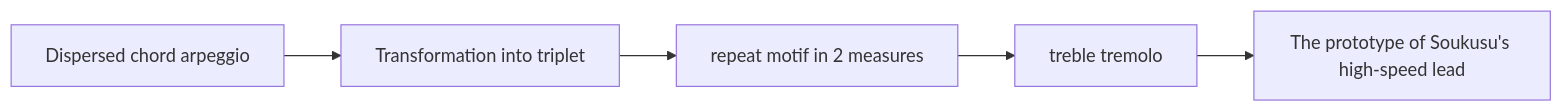
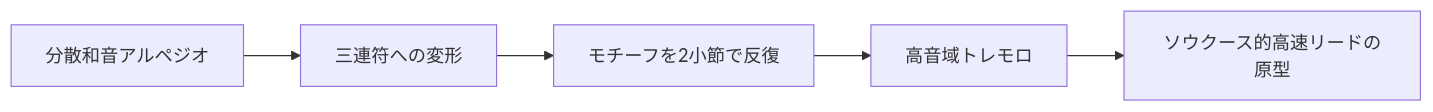
Before and after one commit to monumental-movement/monumental-movement.github.io: the third of 5 diagrams in en/_posts/2025-11-19-column-orchestre-veve.md, drawn with Mermaid. The commit also changed other lines of this file and 2196 other files, not shown here.

```diff
--- a/en/_posts/2025-11-19-column-orchestre-veve.md
+++ b/en/_posts/2025-11-19-column-orchestre-veve.md
@@ -189,9 +188,9 @@
 <div class="mermaid">
 
 flowchart LR
-    A[Dispersed chord arpeggio] --> B[Transformation into triplet]
-    B --> C[repeat motif in 2 measures]
-    C --> D[treble tremolo]
-    D --> E[The prototype of Soukusu's high-speed lead]
+    A[分散和音アルペジオ] --> B[三連符への変形]
+    B --> C[モチーフを2小節で反復]
+    C --> D[高音域トレモロ]
+    D --> E[ソウクース的高速リードの原型]
 
 </div>
```
